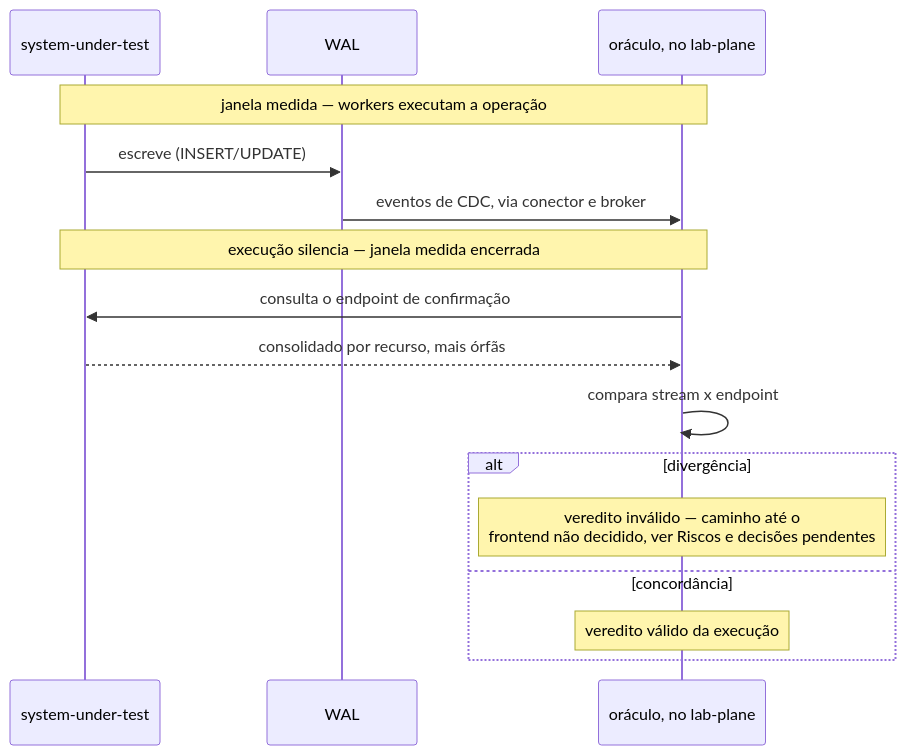
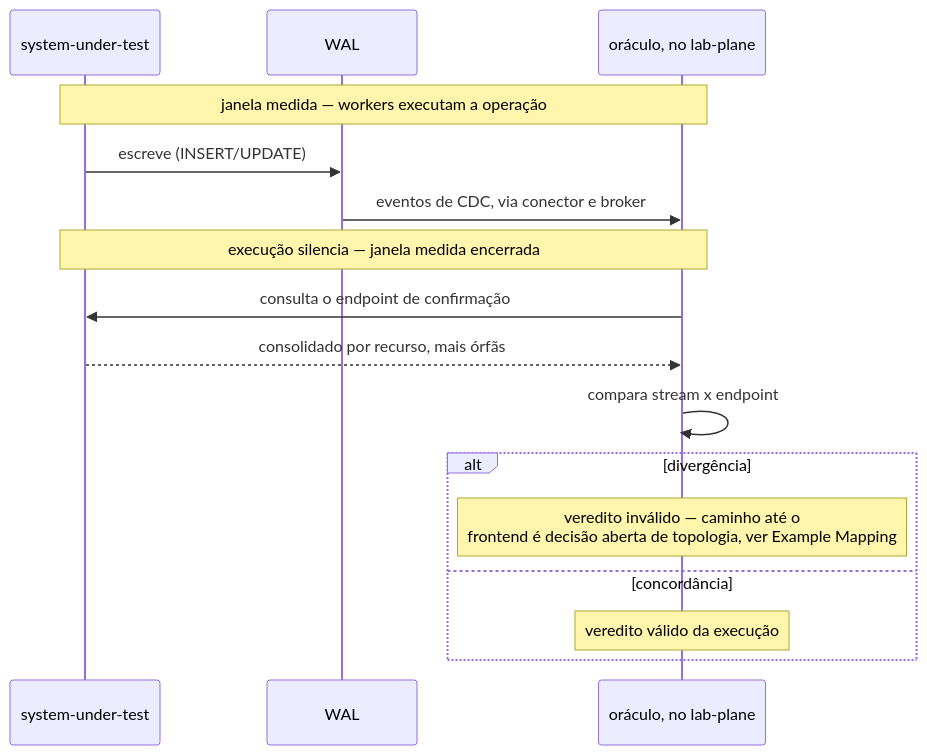
The first of 2 diagrams in docs/features/deteccao-de-divergencia-entre-fontes/feature-card.md (da0hn/distributed-systems-experiment-lab), drawn with Mermaid before and after one commit. The commit also changed other lines of this file and 2 other files, not shown here.

````diff
--- a/docs/features/deteccao-de-divergencia-entre-fontes/feature-card.md
+++ b/docs/features/deteccao-de-divergencia-entre-fontes/feature-card.md
@@ -27,18 +27,18 @@
 ```mermaid
 sequenceDiagram
     participant SUT as system-under-test
     participant W as WAL
     participant OR as oráculo, no lab-plane
     Note over SUT,OR: janela medida — workers executam a operação
     SUT->>W: escreve (INSERT/UPDATE)
     W->>OR: eventos de CDC, via conector e broker
     Note over SUT,OR: execução silencia — janela medida encerrada
     OR->>SUT: consulta o endpoint de confirmação
     SUT-->>OR: consolidado por recurso, mais órfãs
     OR->>OR: compara stream x endpoint
     alt divergência
-        Note over OR: veredito inválido — caminho até o<br/>frontend não decidido, ver Riscos e decisões pendentes
+        Note over OR: veredito inválido — caminho até o<br/>frontend é decisão aberta de topologia, ver Example Mapping
     else concordância
         Note over OR: veredito válido da execução
     end
 ```
````
